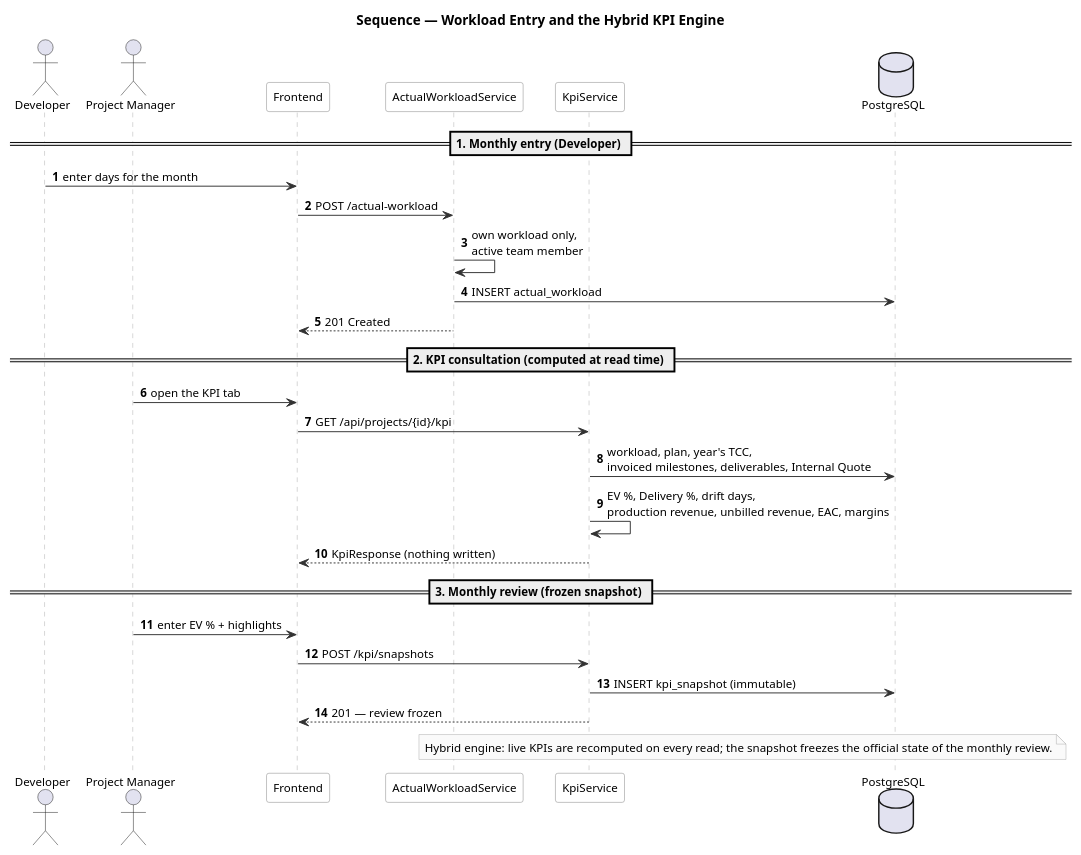
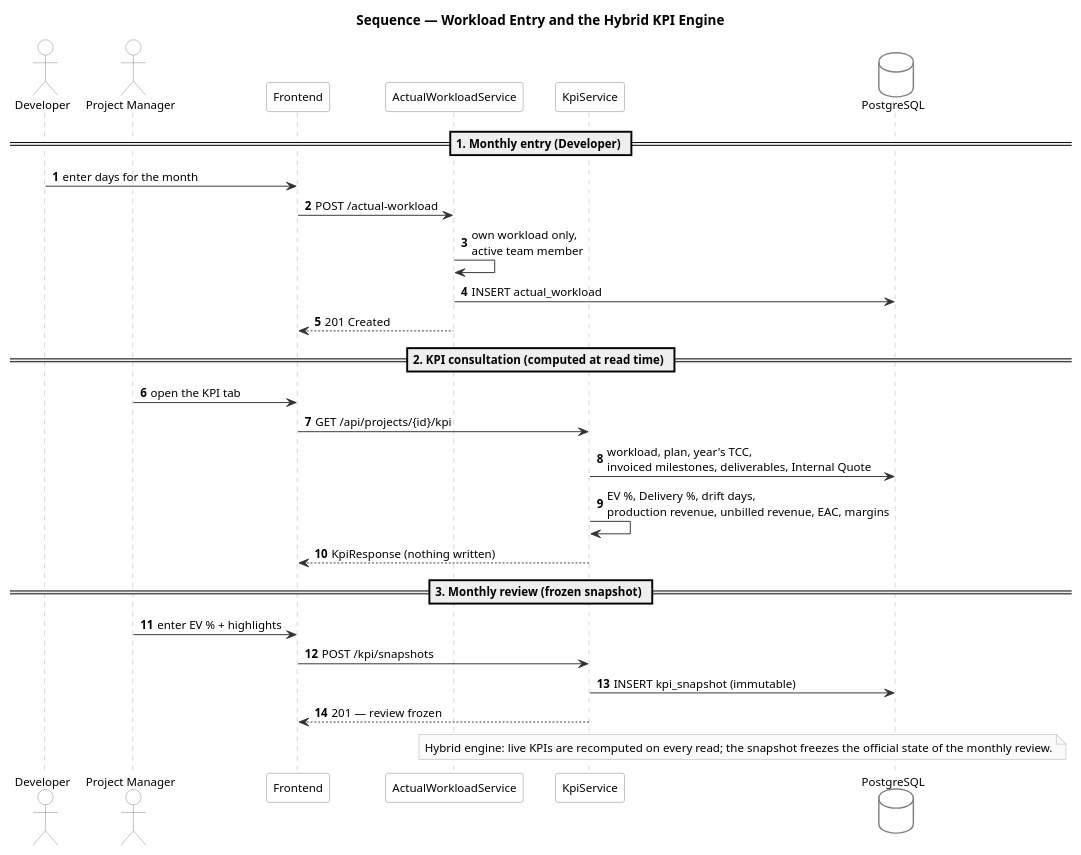
The diagram in docs/uml/10-seq-workload-kpi.puml (mazenrakrouki/tekup-pms-platform), drawn with PlantUML before and after one commit. The commit also changed 77 other files, not shown here.

First line of the commit message:
report: per-sprint diagrams, role-specific screenshots, English typesetting

```diff
--- a/docs/uml/10-seq-workload-kpi.puml
+++ b/docs/uml/10-seq-workload-kpi.puml
@@ -1,46 +1,55 @@
 @startuml seq_submit_workload
 title Sequence — Workload Entry and the Hybrid KPI Engine
 
 skinparam shadowing false
 skinparam defaultFontName Helvetica
 skinparam defaultFontSize 12
 skinparam sequenceParticipantBackgroundColor #FFFFFF
+skinparam actorBackgroundColor #FFFFFF
+skinparam actorBorderColor #808080
+skinparam participantBackgroundColor #FFFFFF
+skinparam participantBorderColor #808080
+skinparam databaseBackgroundColor #FFFFFF
+skinparam databaseBorderColor #808080
+skinparam sequenceGroupBackgroundColor #FFFFFF
+skinparam sequenceGroupBorderColor #808080
+skinparam sequenceReferenceBackgroundColor #FFFFFF
 skinparam sequenceParticipantBorderColor #808080
 skinparam sequenceLifeLineBorderColor #AAAAAA
 skinparam ArrowColor #333333
 skinparam noteBorderColor #AAAAAA
 skinparam noteBackgroundColor #FAFAFA
 autonumber
 
 actor "Developer" as D
 actor "Project Manager" as PM
 participant "Frontend" as SPA
 participant "ActualWorkloadService" as WS
 participant "KpiService" as KPI
 database "PostgreSQL" as DB
 
 == 1. Monthly entry (Developer) ==
 D -> SPA : enter days for the month
 SPA -> WS : POST /actual-workload
 WS -> WS : own workload only,\nactive team member
 WS -> DB : INSERT actual_workload
 WS --> SPA : 201 Created
 
 == 2. KPI consultation (computed at read time) ==
 PM -> SPA : open the KPI tab
 SPA -> KPI : GET /api/projects/{id}/kpi
 KPI -> DB : workload, plan, year's TCC,\ninvoiced milestones, deliverables, Internal Quote
 KPI -> KPI : EV %, Delivery %, drift days,\nproduction revenue, unbilled revenue, EAC, margins
 KPI --> SPA : KpiResponse (nothing written)
 
 == 3. Monthly review (frozen snapshot) ==
 PM -> SPA : enter EV % + highlights
 SPA -> KPI : POST /kpi/snapshots
 KPI -> DB : INSERT kpi_snapshot (immutable)
 KPI --> SPA : 201 — review frozen
 
 note over KPI, DB
   Hybrid engine: live KPIs are recomputed on every read; the snapshot freezes the official state of the monthly review.
 end note
 
 @enduml
```
